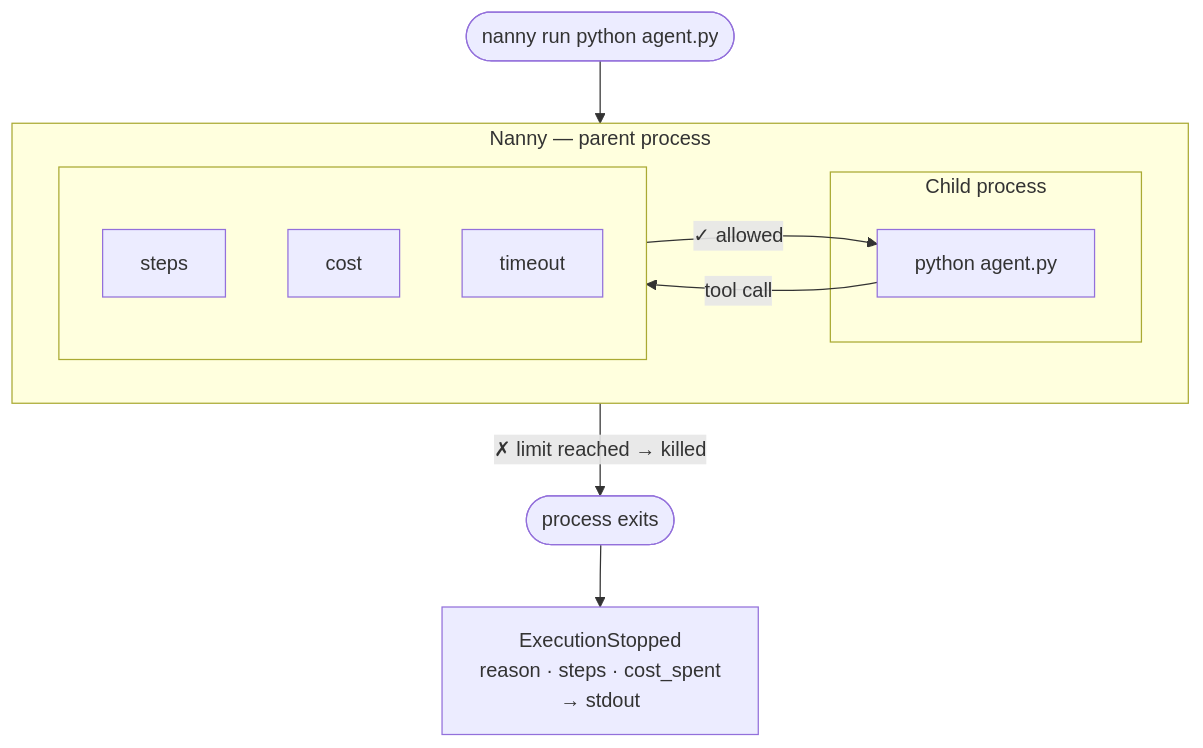
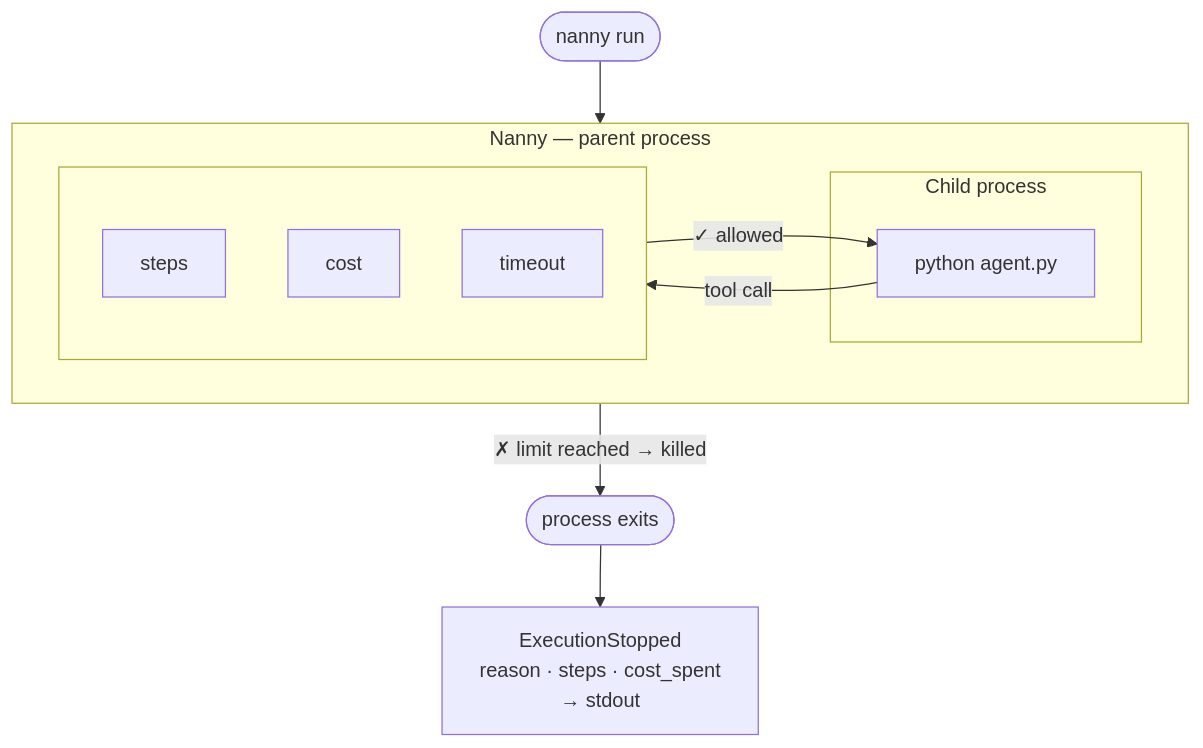
One commit to nanny-run/nanny changed the diagram in README.md. Above: the diagram before and after it, drawn with Mermaid. The commit also changed other lines of this file and 7 other files, not shown here.

````diff
--- a/README.md
+++ b/README.md
@@ -45,26 +45,26 @@
 ```mermaid
 flowchart TD
-    CMD(["nanny run python agent.py"])
+    CMD(["nanny run"])
     CMD --> NANNY
 
     subgraph NANNY["Nanny — parent process"]
         direction LR
 
         subgraph CHILD["Child process"]
             AGENT["python agent.py"]
         end
 
         subgraph ENFORCE[" "]
             direction TB
             STEPS["steps"]
             COST["cost"]
             TIMER["timeout"]
         end
 
         AGENT -- "tool call" --> ENFORCE
         ENFORCE -- "✓  allowed" --> AGENT
     end
 
     ENFORCE -- "✗  limit reached → killed" --> DEAD(["process exits"])
     DEAD --> LOG["ExecutionStopped\nreason · steps · cost_spent\n→ stdout"]
 ```
````
